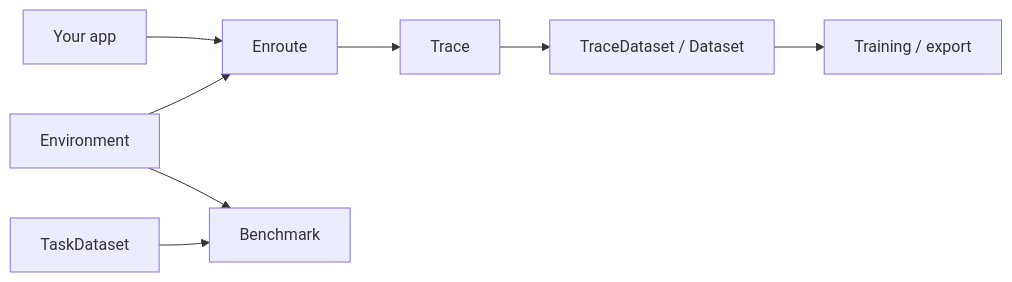
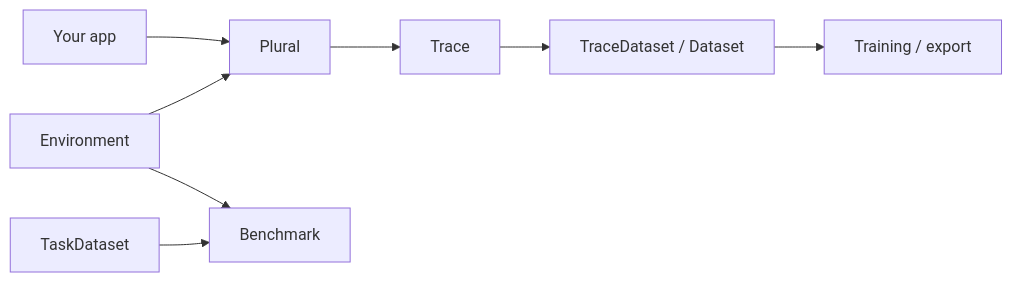
One commit to lastlabs-ai/plural changed the diagram in README.md. Above: the diagram before and after it, drawn with Mermaid. The commit also changed other lines of this file and 189 other files, not shown here.

````diff
--- a/README.md
+++ b/README.md
@@ -7,10 +7,10 @@
 ```mermaid
 flowchart LR
-  App[Your app] --> Client[Enroute]
+  App[Your app] --> Client[Plural]
   Env[Environment] --> Client
   Client --> Trace[Trace]
   Trace --> TraceDataset[TraceDataset / Dataset]
   TraceDataset --> Training[Training / export]
   TaskDataset[TaskDataset] --> Bench[Benchmark]
   Env --> Bench
 ```
````
